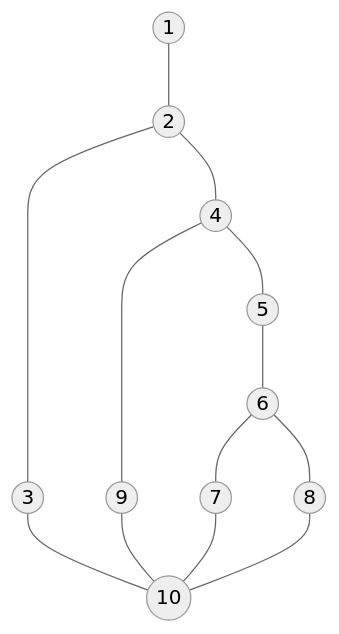
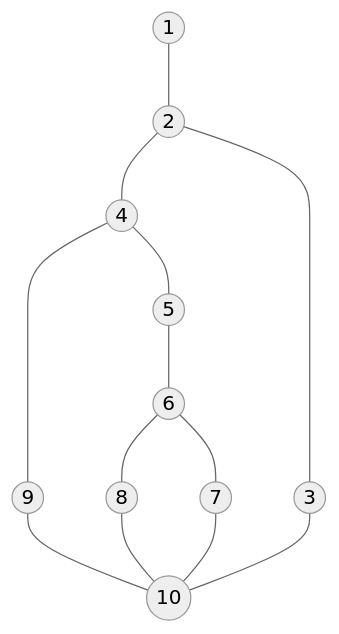
The first of 5 diagrams in tests/docs/caja_blanca_06_permitir_flag.md (bloedige/itdb_ctf), drawn with Mermaid (neutral theme) before and after one commit. The commit also changed other lines of this file and 47 other files, not shown here.

````diff
--- a/tests/docs/caja_blanca_06_permitir_flag.md
+++ b/tests/docs/caja_blanca_06_permitir_flag.md
@@ -34,15 +34,15 @@
 ```mermaid
 graph TD
     n1((1)) --- n2((2))
-    n2 --- n3((3))
-    n3 --- n10((10))
     n2 --- n4((4))
+    n4 --- n9((9))
+    n9 --- n10((10))
     n4 --- n5((5))
     n5 --- n6((6))
-    n4 --- n9((9))
-    n9 --- n10
+    n6 --- n8((8))
+    n8 --- n10
     n6 --- n7((7))
     n7 --- n10
-    n6 --- n8((8))
-    n8 --- n10
+    n2 --- n3((3))
+    n3 --- n10
 ```
````
